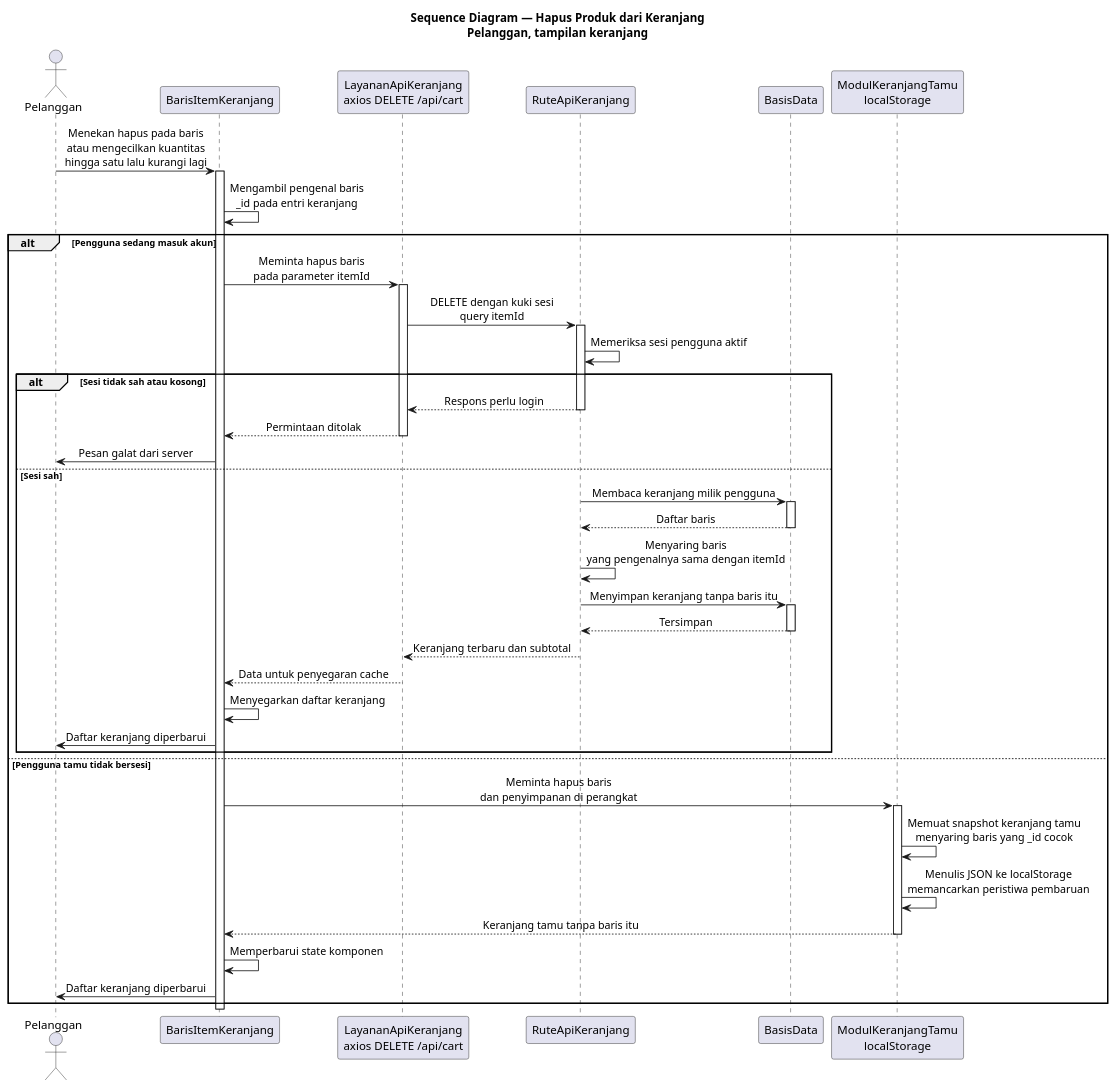
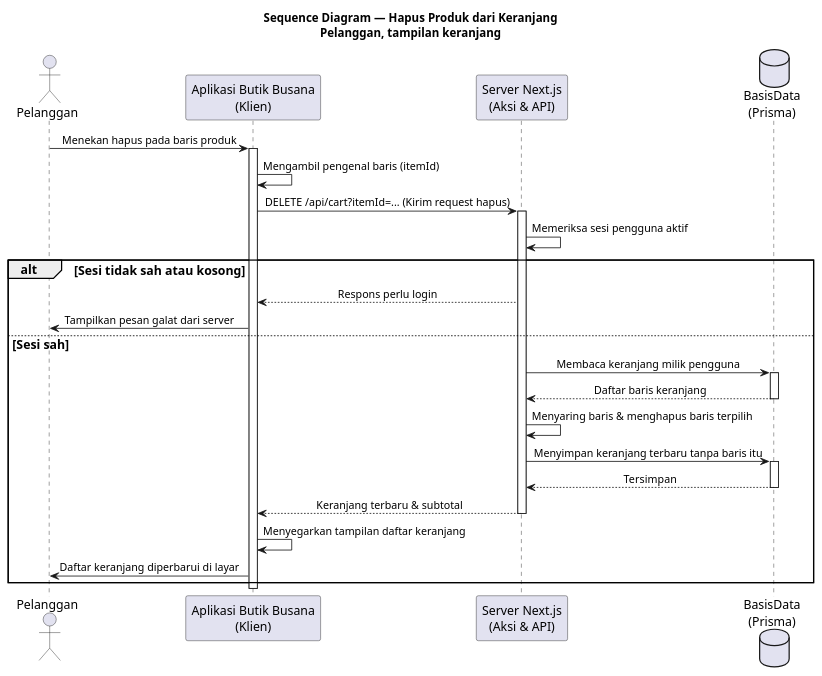
One commit to afridho-ikhsan/butik-busana changed the diagram in diagrams/skripsi-hapus-keranjang-sequence.puml. Above: the diagram before and after it, drawn with PlantUML. The commit also changed 36 other files, not shown here.

Commit message:
refactor: remove push notification logic from order cancellation flows and update sequence diagrams with standardized styling

```diff
--- a/diagrams/skripsi-hapus-keranjang-sequence.puml
+++ b/diagrams/skripsi-hapus-keranjang-sequence.puml
@@ -1,75 +1,52 @@
 @startuml skripsi_hapus_keranjang_sequence
 title Sequence Diagram — Hapus Produk dari Keranjang\nPelanggan, tampilan keranjang
 
 skinparam SequenceMessageAlign center
 skinparam responseMessageBelowArrow true
+skinparam ParticipantPadding 15
+skinparam BoxPadding 15
+skinparam DefaultFontSize 15
+skinparam ArrowFontSize 13
+skinparam ParticipantFontSize 15
 
 actor Pelanggan as pengguna
-participant "BarisItemKeranjang" as rowUi
-participant "LayananApiKeranjang\naxios DELETE /api/cart" as cartApi
-participant "RuteApiKeranjang" as route
-participant "BasisData" as db
-participant "ModulKeranjangTamu\nlocalStorage" as guest
+participant "Aplikasi Butik Busana\n(Klien)" as klien
+participant "Server Next.js\n(Aksi & API)" as server
+database "BasisData\n(Prisma)" as db
 
-pengguna -> rowUi: Menekan hapus pada baris\natau mengecilkan kuantitas\nhingga satu lalu kurangi lagi
-activate rowUi
+pengguna -> klien: Menekan hapus pada baris produk
+activate klien
 
-rowUi -> rowUi: Mengambil pengenal baris\n_id pada entri keranjang
+klien -> klien: Mengambil pengenal baris (itemId)
 
-alt Pengguna sedang masuk akun
-  rowUi -> cartApi: Meminta hapus baris\npada parameter itemId
-  activate cartApi
+klien -> server: DELETE /api/cart?itemId=... (Kirim request hapus)
+activate server
 
-  cartApi -> route: DELETE dengan kuki sesi\nquery itemId
-  activate route
+server -> server: Memeriksa sesi pengguna aktif
 
-  route -> route: Memeriksa sesi pengguna aktif
+alt Sesi tidak sah atau kosong
+  server --> klien: Respons perlu login
+  klien -> pengguna: Tampilkan pesan galat dari server
+else Sesi sah
+  server -> db: Membaca keranjang milik pengguna
+  activate db
+  db --> server: Daftar baris keranjang
+  deactivate db
 
-  alt Sesi tidak sah atau kosong
-    route --> cartApi: Respons perlu login
-    deactivate route
-    cartApi --> rowUi: Permintaan ditolak
-    deactivate cartApi
-    rowUi -> pengguna: Pesan galat dari server
-  else Sesi sah
-    route -> db: Membaca keranjang milik pengguna
-    activate db
-    db --> route: Daftar baris
-    deactivate db
+  server -> server: Menyaring baris & menghapus baris terpilih
 
-    route -> route: Menyaring baris\nyang pengenalnya sama dengan itemId
+  server -> db: Menyimpan keranjang terbaru tanpa baris itu
+  activate db
+  db --> server: Tersimpan
+  deactivate db
 
-    route -> db: Menyimpan keranjang tanpa baris itu
-    activate db
-    db --> route: Tersimpan
-    deactivate db
+  server --> klien: Keranjang terbaru & subtotal
+  deactivate server
 
-    route --> cartApi: Keranjang terbaru dan subtotal
-    deactivate route
-    cartApi --> rowUi: Data untuk penyegaran cache
-    deactivate cartApi
-
-    rowUi -> rowUi: Menyegarkan daftar keranjang
-
-    rowUi -> pengguna: Daftar keranjang diperbarui
-  end
-
-else Pengguna tamu tidak bersesi
-  rowUi -> guest: Meminta hapus baris\ndan penyimpanan di perangkat
-  activate guest
-
-  guest -> guest: Memuat snapshot keranjang tamu\nmenyaring baris yang _id cocok
-
-  guest -> guest: Menulis JSON ke localStorage\nmemancarkan peristiwa pembaruan
-
-  guest --> rowUi: Keranjang tamu tanpa baris itu
-  deactivate guest
-
-  rowUi -> rowUi: Memperbarui state komponen
-
-  rowUi -> pengguna: Daftar keranjang diperbarui
+  klien -> klien: Menyegarkan tampilan daftar keranjang
+  klien -> pengguna: Daftar keranjang diperbarui di layar
 end
 
-deactivate rowUi
+deactivate klien
 
 @enduml
```
